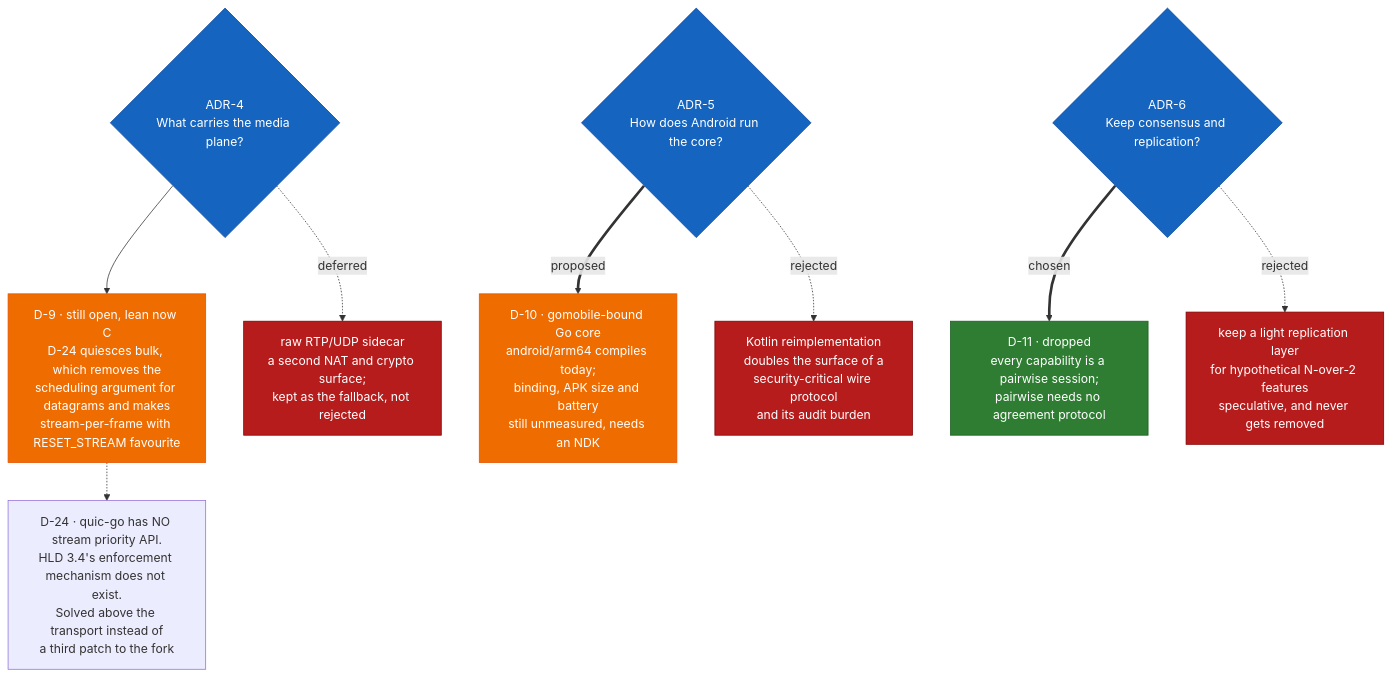
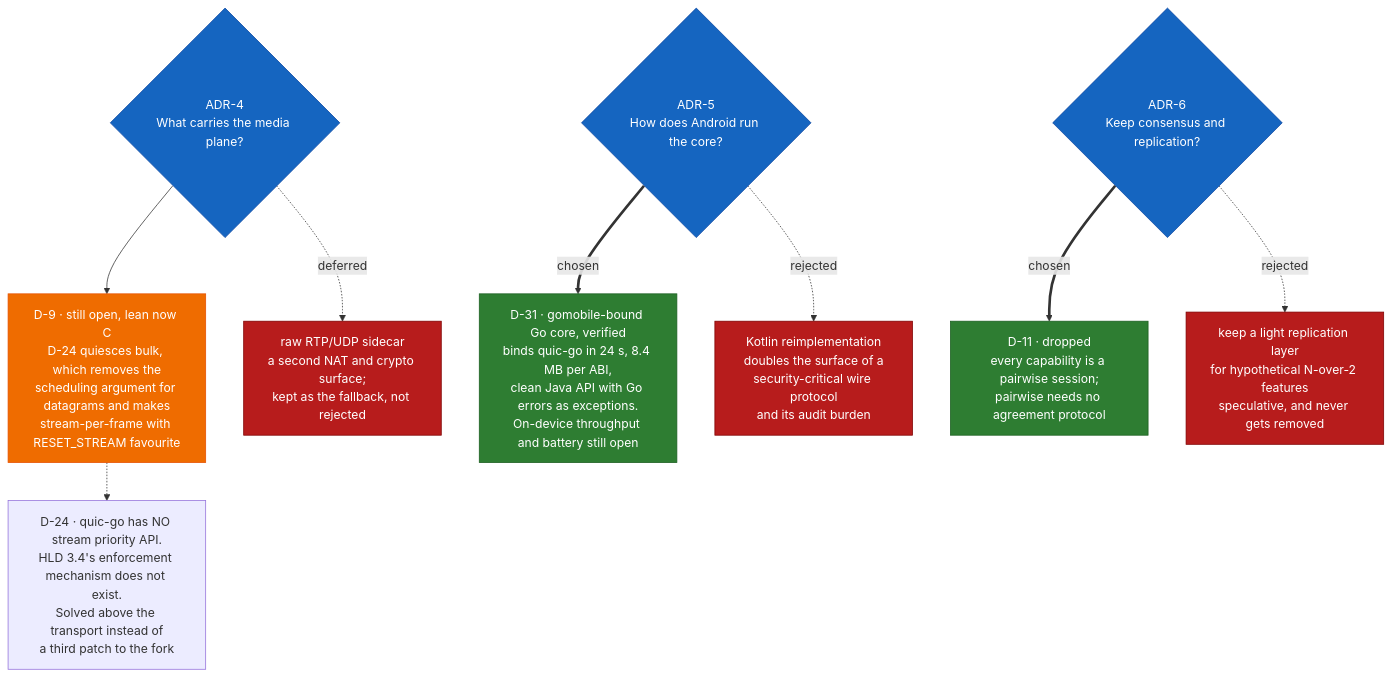
Before and after one commit to shreyashsri79/OpenAir: the third of 4 diagrams in docs/decision-tree.md, drawn with Mermaid. The commit also changed other lines of this file and 4 other files, not shown here.

First line of the commit message:
feat(oabench): Windows baseline kit; verify gomobile binding as D-31

````diff
--- a/docs/decision-tree.md
+++ b/docs/decision-tree.md
@@ -104,20 +105,20 @@
 ```mermaid
 flowchart TD
     Q5{"ADR-4<br/>What carries the media plane?"}:::question
     Q5 --> D9["D-9 · still open, lean now C<br/>D-24 quiesces bulk, which removes the<br/>scheduling argument for datagrams and makes<br/>stream-per-frame with RESET_STREAM favourite"]:::open
     D9 -.-> D24N["D-24 · quic-go has NO stream priority API.<br/>HLD 3.4's enforcement mechanism does not exist.<br/>Solved above the transport instead of<br/>a third patch to the fork"]:::evidence
     Q5 -.deferred.-> R5A["raw RTP/UDP sidecar<br/>a second NAT and crypto surface;<br/>kept as the fallback, not rejected"]:::rejected
 
     Q6{"ADR-5<br/>How does Android run the core?"}:::question
-    Q6 ==proposed==> D10["D-10 · gomobile-bound Go core<br/>android/arm64 compiles today;<br/>binding, APK size and battery<br/>still unmeasured, needs an NDK"]:::open
+    Q6 ==chosen==> D10["D-31 · gomobile-bound Go core, verified<br/>binds quic-go in 24 s, 8.4 MB per ABI,<br/>clean Java API with Go errors as exceptions.<br/>On-device throughput and battery still open"]:::accepted
     Q6 -.rejected.-> R6A["Kotlin reimplementation<br/>doubles the surface of a<br/>security-critical wire protocol<br/>and its audit burden"]:::rejected
 
     Q7{"ADR-6<br/>Keep consensus and replication?"}:::question
     Q7 ==chosen==> D11["D-11 · dropped<br/>every capability is a pairwise session;<br/>pairwise needs no agreement protocol"]:::accepted
     Q7 -.rejected.-> R7A["keep a light replication layer<br/>for hypothetical N-over-2 features<br/>speculative, and never gets removed"]:::rejected
 
     classDef question fill:#1565c0,color:#fff,stroke:#0d47a1
     classDef accepted fill:#2e7d32,color:#fff,stroke:#1b5e20
     classDef rejected fill:#b71c1c,color:#fff,stroke:#7f0000
     classDef open fill:#ef6c00,color:#fff,stroke:#e65100
 ```
````
